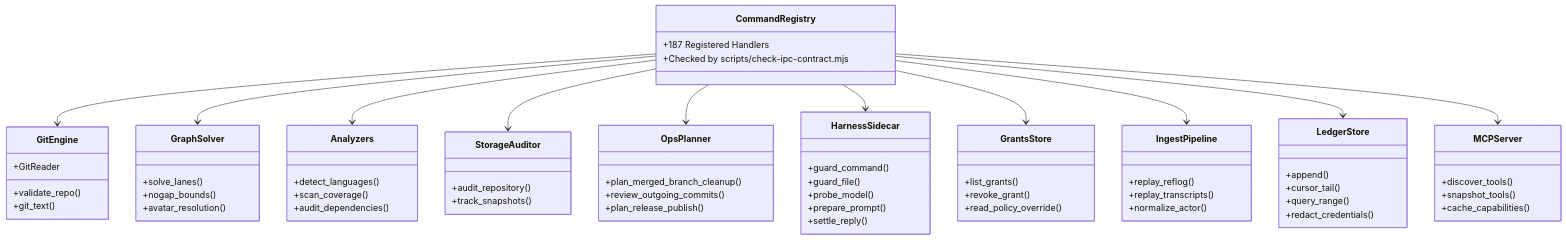
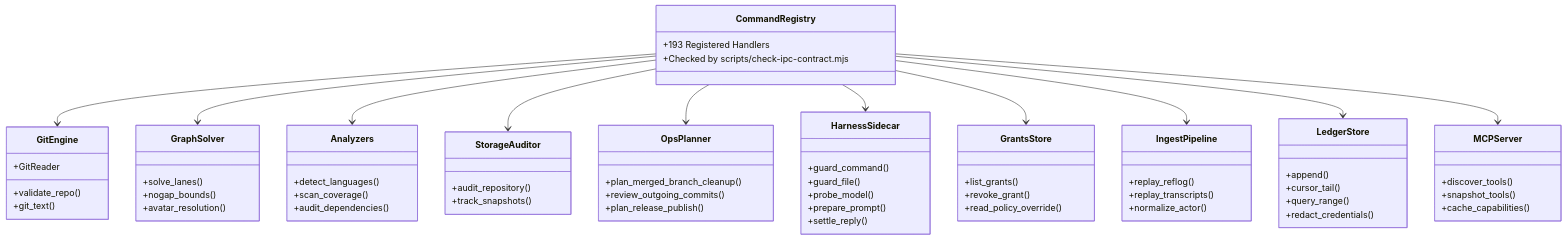
One commit to bharathvbcr/GitPulse changed the third of 4 diagrams in docs/ARCHITECTURE.md. Above: the diagram before and after it, drawn with Mermaid. The commit also changed other lines of this file and 66 other files, not shown here.

````diff
--- a/docs/ARCHITECTURE.md
+++ b/docs/ARCHITECTURE.md
@@ -150,70 +172,70 @@
 ```mermaid
 classDiagram
     class CommandRegistry {
-        +187 Registered Handlers
+        +193 Registered Handlers
         +Checked by scripts/check-ipc-contract.mjs
     }
     class GitEngine {
         +validate_repo()
         +git_text()
         +GitReader
     }
     class GraphSolver {
         +solve_lanes()
         +nogap_bounds()
         +avatar_resolution()
     }
     class Analyzers {
         +detect_languages()
         +scan_coverage()
         +audit_dependencies()
     }
     class StorageAuditor {
         +audit_repository()
         +track_snapshots()
     }
     class GrantsStore {
         +list_grants()
         +revoke_grant()
         +read_policy_override()
     }
     class IngestPipeline {
         +replay_reflog()
         +replay_transcripts()
         +normalize_actor()
     }
     class LedgerStore {
         +append()
         +cursor_tail()
         +query_range()
         +redact_credentials()
     }
     class OpsPlanner {
         +plan_merged_branch_cleanup()
         +review_outgoing_commits()
         +plan_release_publish()
     }
     class MCPServer {
         +discover_tools()
         +snapshot_tools()
         +cache_capabilities()
     }
     class HarnessSidecar {
         +guard_command()
         +guard_file()
         +probe_model()
         +prepare_prompt()
         +settle_reply()
     }
 
     CommandRegistry --> GitEngine
     CommandRegistry --> GraphSolver
     CommandRegistry --> Analyzers
     CommandRegistry --> StorageAuditor
     CommandRegistry --> OpsPlanner
     CommandRegistry --> HarnessSidecar
     CommandRegistry --> GrantsStore
     CommandRegistry --> IngestPipeline
     CommandRegistry --> LedgerStore
     CommandRegistry --> MCPServer
 ```
````
